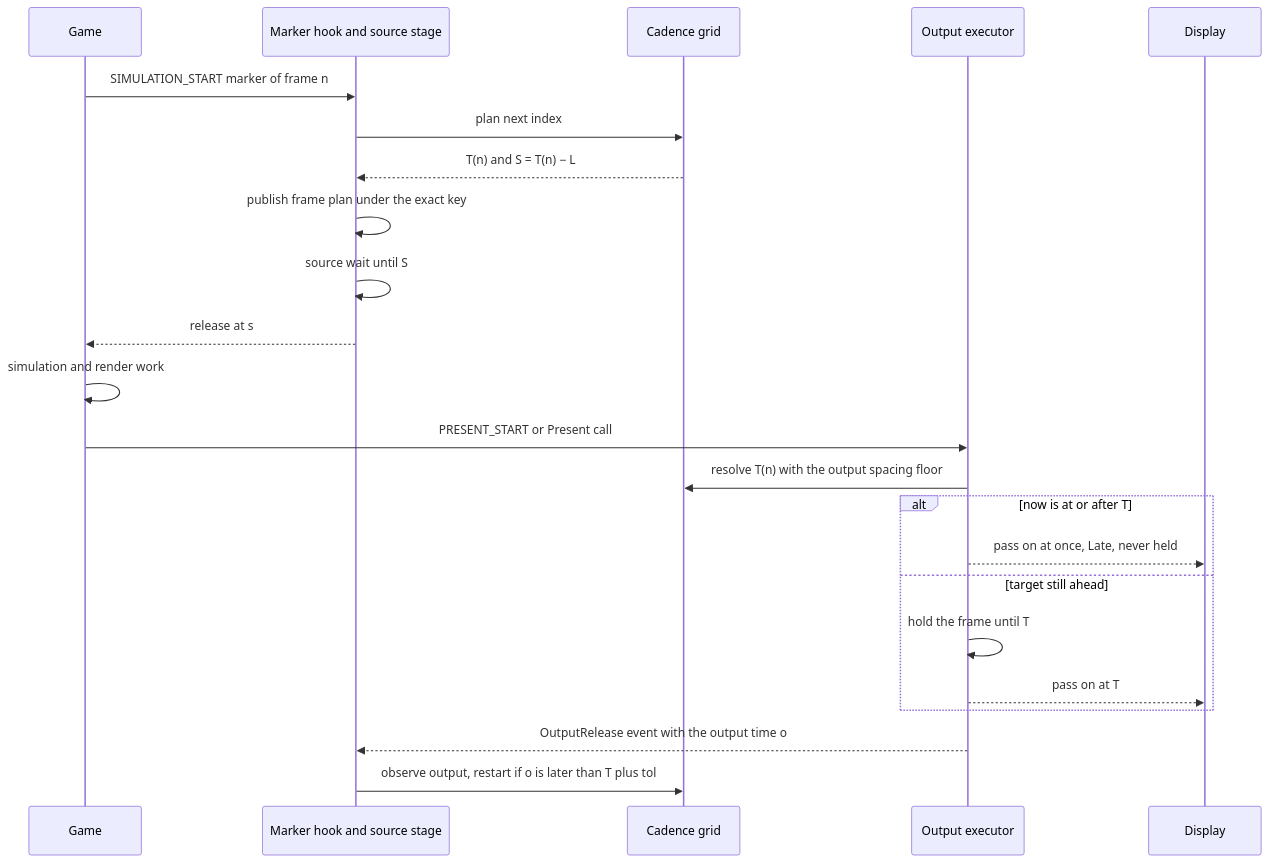
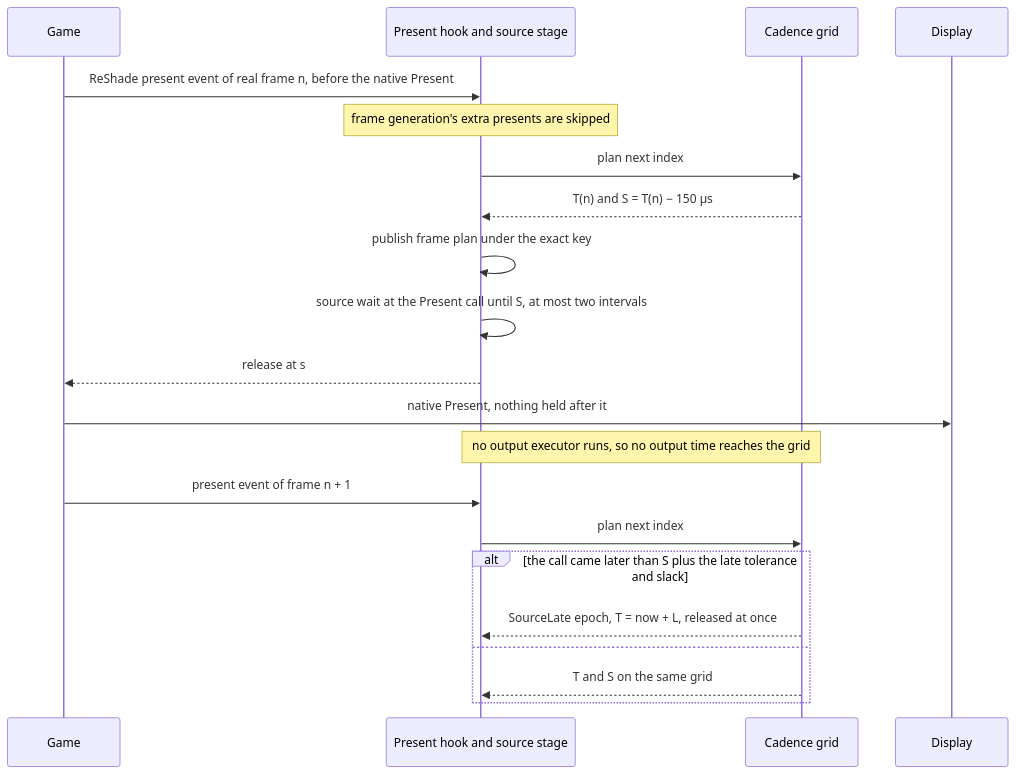
Before and after one commit to RankFTW/ReLimiter: the fifth of 10 diagrams in docs/FRAME_PACING.md, drawn with Mermaid. The commit also changed other lines of this file and 23 other files, not shown here.

First line of the commit message:
One schema fixture for writer and tools; an evaluation plan that states every run's settings; documents corrected against the code

````diff
--- a/docs/FRAME_PACING.md
+++ b/docs/FRAME_PACING.md
@@ -305,25 +307,23 @@
 ```mermaid
 sequenceDiagram
     participant Game
-    participant Hook as Marker hook and source stage
+    participant Hook as Present hook and source stage
     participant Grid as Cadence grid
-    participant Exec as Output executor
     participant Disp as Display
-    Game->>Hook: SIMULATION_START marker of frame n
+    Game->>Hook: ReShade present event of real frame n, before the native Present
+    Note over Hook: frame generation's extra presents are skipped
     Hook->>Grid: plan next index
-    Grid-->>Hook: T(n) and S = T(n) − L
+    Grid-->>Hook: T(n) and S = T(n) − 150 µs
     Hook->>Hook: publish frame plan under the exact key
-    Hook->>Hook: source wait until S
+    Hook->>Hook: source wait at the Present call until S, at most two intervals
     Hook-->>Game: release at s
-    Game->>Game: simulation and render work
-    Game->>Exec: PRESENT_START or Present call
-    Exec->>Grid: resolve T(n) with the output spacing floor
-    alt now is at or after T
-        Exec-->>Disp: pass on at once, Late, never held
-    else target still ahead
-        Exec->>Exec: hold the frame until T
-        Exec-->>Disp: pass on at T
+    Game->>Disp: native Present, nothing held after it
+    Note over Hook,Grid: no output executor runs, so no output time reaches the grid
+    Game->>Hook: present event of frame n + 1
+    Hook->>Grid: plan next index
+    alt the call came later than S plus the late tolerance and slack
+        Grid-->>Hook: SourceLate epoch, T = now + L, released at once
+    else
+        Grid-->>Hook: T and S on the same grid
     end
-    Exec-->>Hook: OutputRelease event with the output time o
-    Hook->>Grid: observe output, restart if o is later than T plus tol
 ```
````
